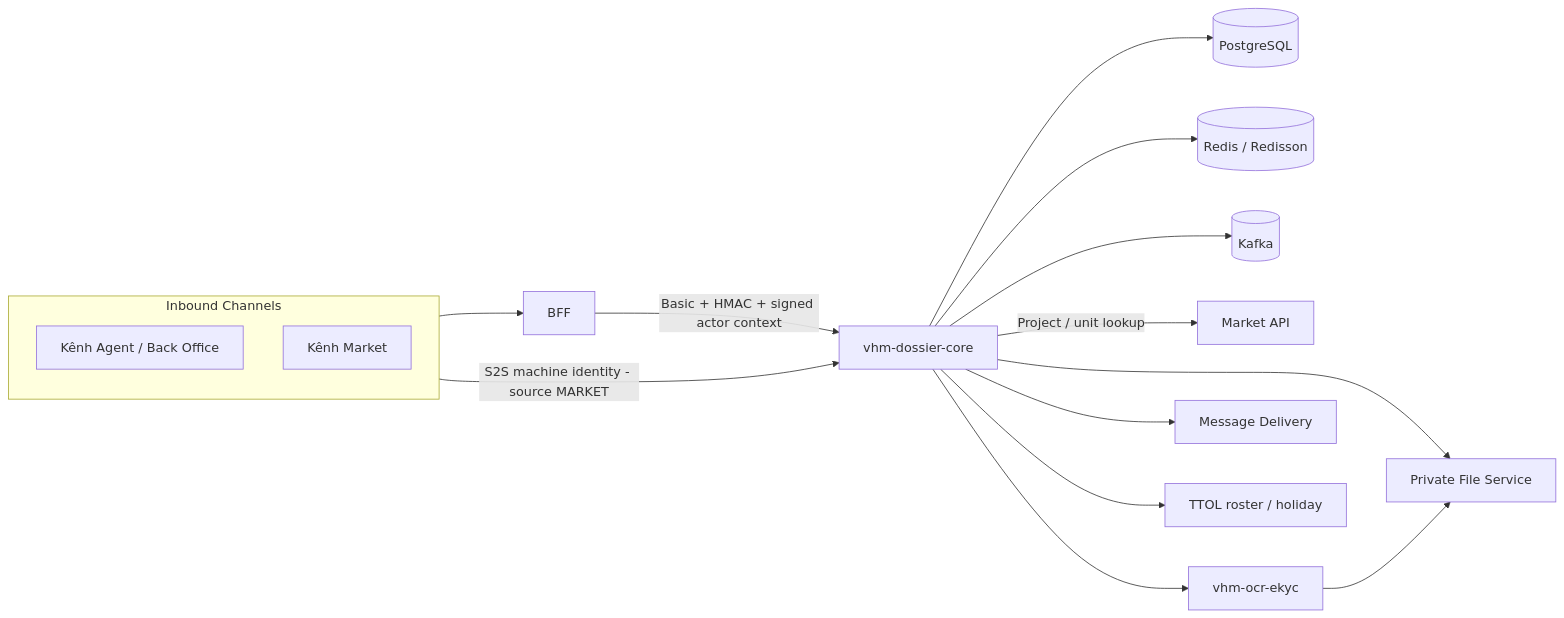
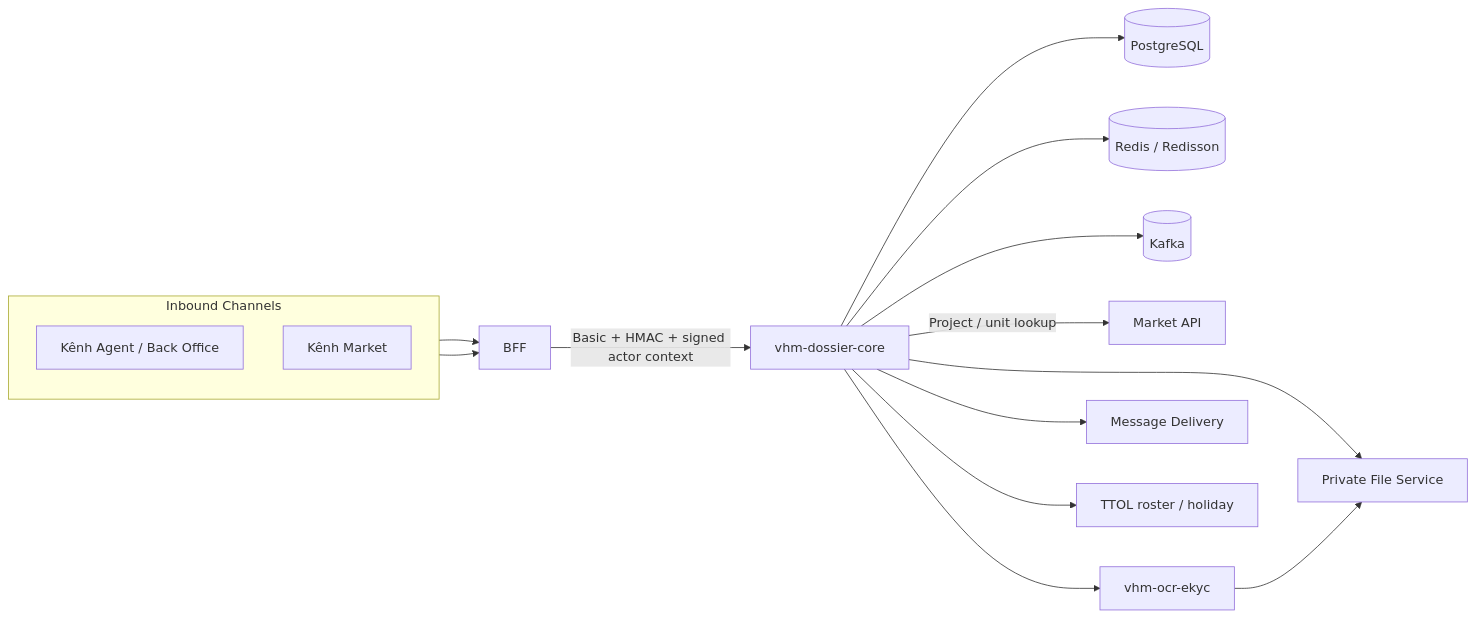
One commit to huynv-xyz/vhm changed the first of 8 diagrams in tdd-dossier.md. Above: the diagram before and after it, drawn with Mermaid. The commit also changed other lines of this file, not shown here.

````diff
--- a/tdd-dossier.md
+++ b/tdd-dossier.md
@@ -180,20 +179,20 @@
 ```mermaid
 flowchart LR
     subgraph Channels[Inbound Channels]
         direction TB
         AgentChannel[Kênh Agent / Back Office]
         MarketChannel[Kênh Market]
     end
     AgentChannel --> API[BFF]
+    MarketChannel --> API
     API -->|Basic + HMAC + signed actor context| Core[vhm-dossier-core]
-    MarketChannel -->|S2S machine identity - source MARKET| Core
     Core --> PG[(PostgreSQL)]
     Core --> Redis[(Redis / Redisson)]
     Core --> Kafka[(Kafka)]
     Core --> File[Private File Service]
     Core -->|Project / unit lookup| MarketAPI[Market API]
     Core --> OCR[vhm-ocr-ekyc]
     OCR --> File
     Core --> Msg[Message Delivery]
     Core --> TTOL[TTOL roster / holiday]
 ```
````
